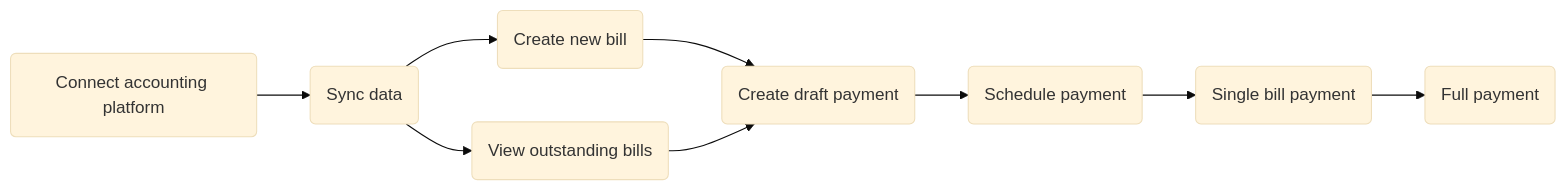
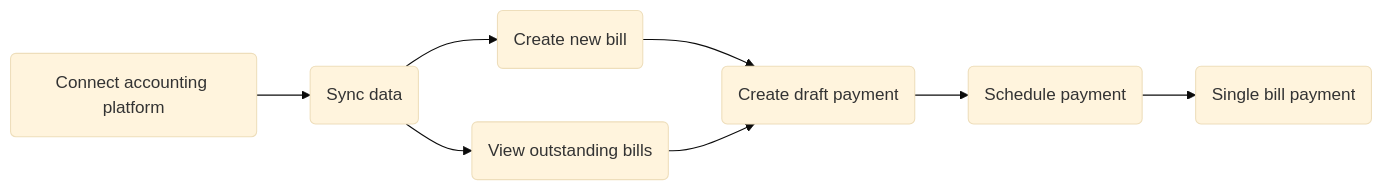
One commit to codatio/codat-docs changed the diagram in docs/payables/bill-pay-kit.md. Above: the diagram before and after it, drawn with Mermaid (base theme). The commit also changed other lines of this file, not shown here.

````diff
--- a/docs/payables/bill-pay-kit.md
+++ b/docs/payables/bill-pay-kit.md
@@ -23,13 +23,12 @@
 ```mermaid
 
   flowchart LR
     A(Connect accounting platform) --> B(Sync data)
     B --> H(Create new bill)
     H --> D
     B --> C(View outstanding bills)
     C -->D(Create draft payment)
     D -->E(Schedule payment)
     E -->F(Single bill payment)
-    F --> G(Full payment)
 
 ```
````
